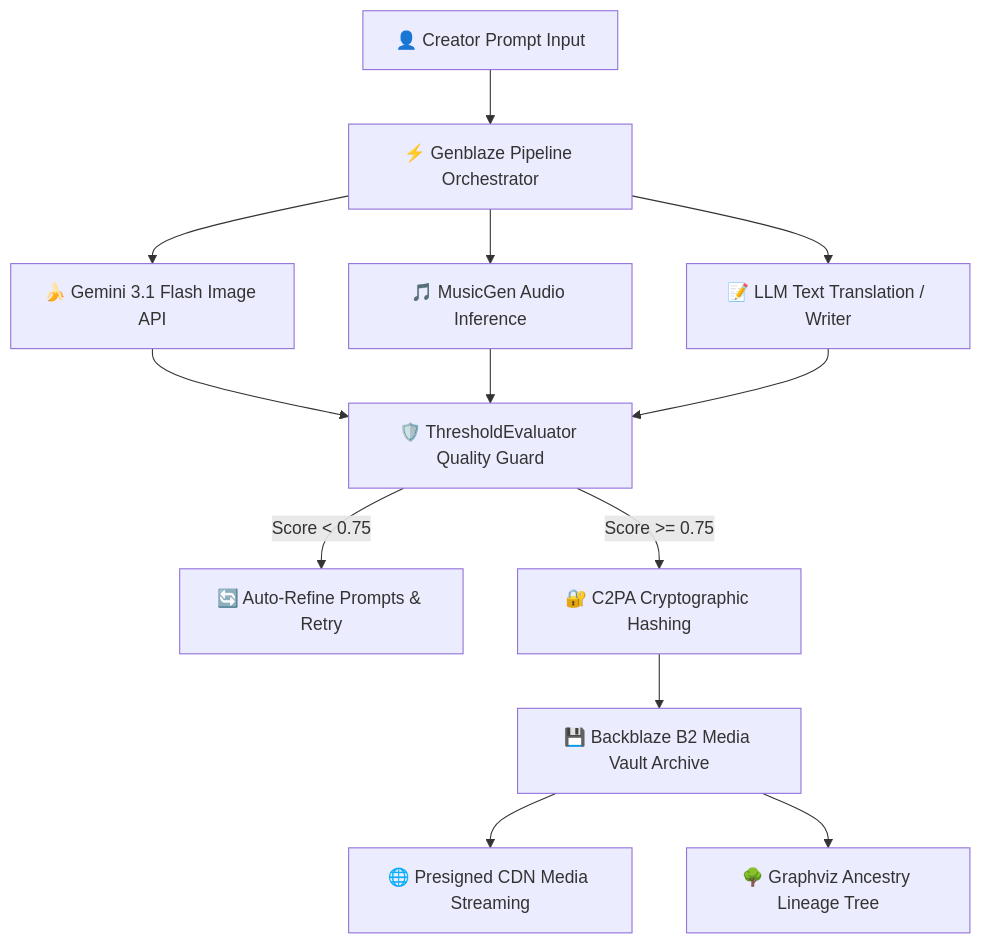
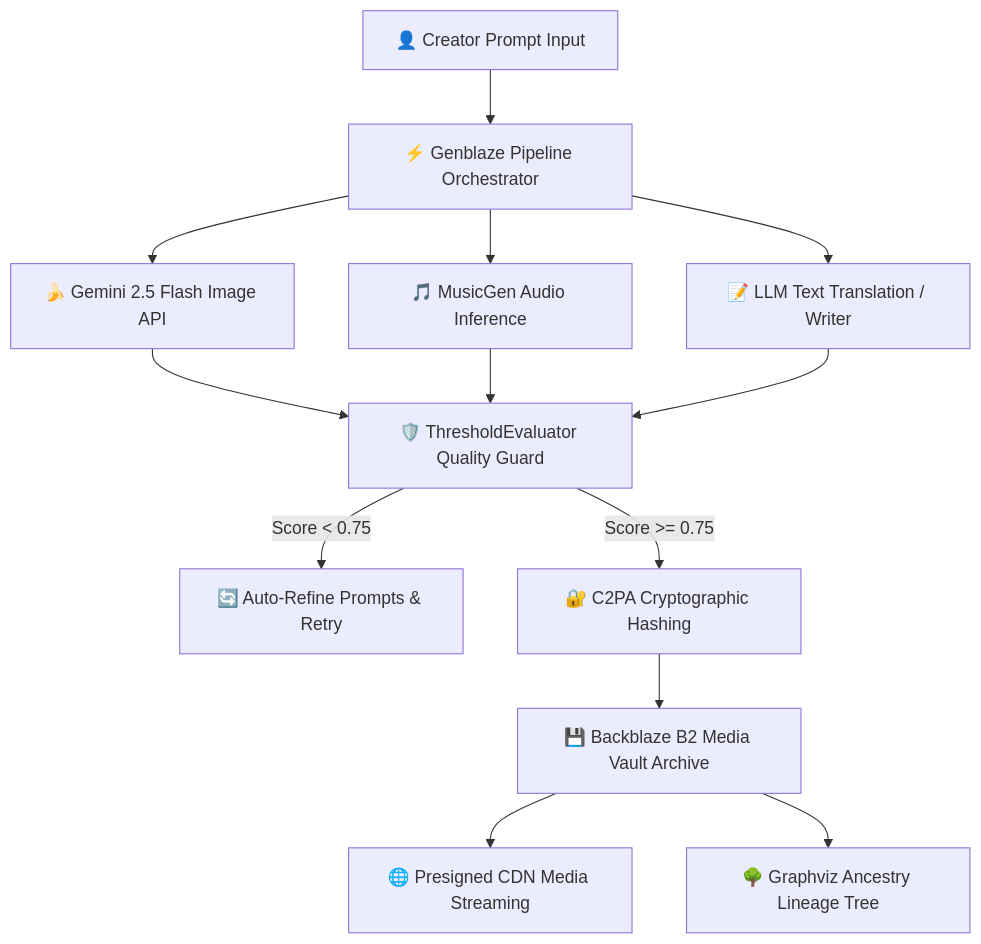
The first of 2 diagrams in README.md (krishivjoshi219-collab/backblaze-genmedia-studio), drawn with Mermaid before and after one commit. The commit also changed other lines of this file and 1 other file, not shown here.

Commit message:
Update Gemini image model identifier to gemini-2.5-flash-image

````diff
--- a/README.md
+++ b/README.md
@@ -63,13 +63,13 @@
 ```mermaid
 graph TD
     A[👤 Creator Prompt Input] --> B[⚡ Genblaze Pipeline Orchestrator]
-    B --> C[🍌 Gemini 3.1 Flash Image API]
+    B --> C[🍌 Gemini 2.5 Flash Image API]
     B --> D[🎵 MusicGen Audio Inference]
     B --> E[📝 LLM Text Translation / Writer]
     C & D & E --> F[🛡️ ThresholdEvaluator Quality Guard]
     F -- Score < 0.75 --> G[🔄 Auto-Refine Prompts & Retry]
     F -- Score >= 0.75 --> H[🔐 C2PA Cryptographic Hashing]
     H --> I[💾 Backblaze B2 Media Vault Archive]
     I --> J[🌐 Presigned CDN Media Streaming]
     I --> K[🌳 Graphviz Ancestry Lineage Tree]
 ```
````
